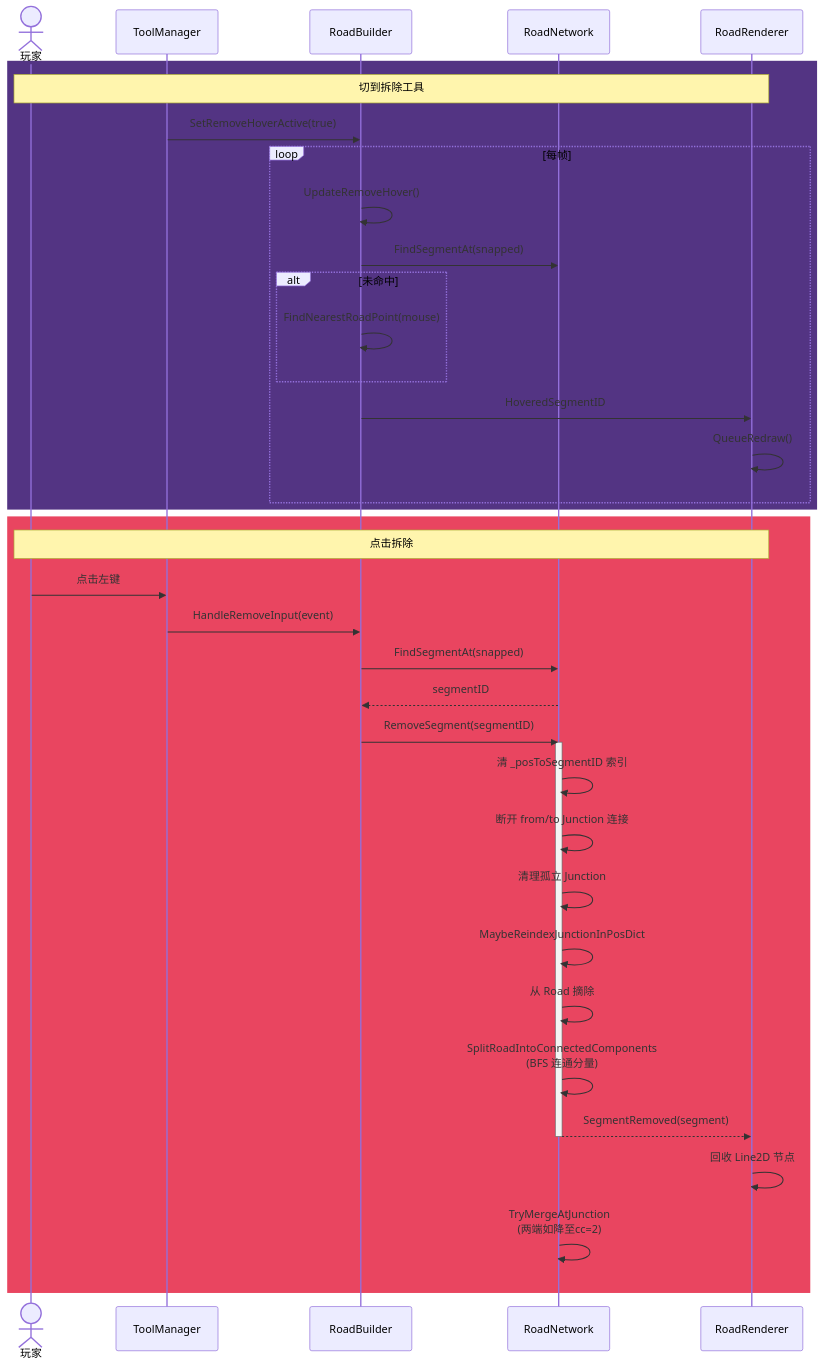
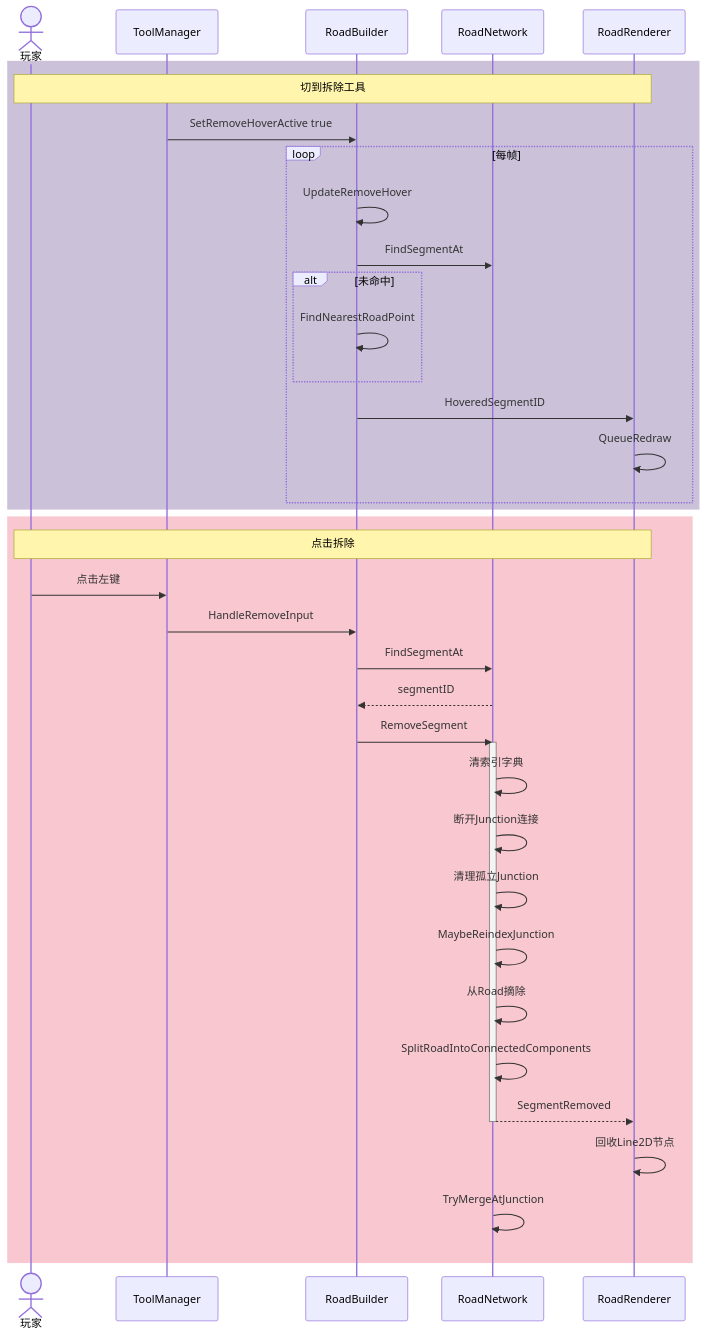
The third of 9 diagrams in docs/game-logic.md (xianfishyu/SimpleCities), drawn with Mermaid before and after one commit. The commit also changed other lines of this file, not shown here.

First line of the commit message:
#修复：mermaid语法修复 - 图2/3/5/7

````diff
--- a/docs/game-logic.md
+++ b/docs/game-logic.md
@@ -159,42 +157,42 @@
 ```mermaid
 sequenceDiagram
     actor User as 玩家
     participant TM as ToolManager
     participant RB as RoadBuilder
     participant RN as RoadNetwork
     participant RR as RoadRenderer
 
-    rect rgb(83, 52, 131)
+    rect rgba(83, 52, 131, 0.3)
         Note over User,RR: 切到拆除工具
-        TM->>RB: SetRemoveHoverActive(true)
+        TM->>RB: SetRemoveHoverActive true
         loop 每帧
-            RB->>RB: UpdateRemoveHover()
-            RB->>RN: FindSegmentAt(snapped)
+            RB->>RB: UpdateRemoveHover
+            RB->>RN: FindSegmentAt
             alt 未命中
-                RB->>RB: FindNearestRoadPoint(mouse)
+                RB->>RB: FindNearestRoadPoint
             end
             RB->>RR: HoveredSegmentID
-            RR->>RR: QueueRedraw()
+            RR->>RR: QueueRedraw
         end
     end
 
-    rect rgb(233, 69, 96)
+    rect rgba(233, 69, 96, 0.3)
         Note over User,RR: 点击拆除
         User->>TM: 点击左键
-        TM->>RB: HandleRemoveInput(event)
-        RB->>RN: FindSegmentAt(snapped)
+        TM->>RB: HandleRemoveInput
+        RB->>RN: FindSegmentAt
         RN-->>RB: segmentID
-        RB->>RN: RemoveSegment(segmentID)
+        RB->>RN: RemoveSegment
         activate RN
-        RN->>RN: 清 _posToSegmentID 索引
-        RN->>RN: 断开 from/to Junction 连接
-        RN->>RN: 清理孤立 Junction
-        RN->>RN: MaybeReindexJunctionInPosDict
-        RN->>RN: 从 Road 摘除
-        RN->>RN: SplitRoadIntoConnectedComponents<br/>(BFS 连通分量)
-        RN-->>RR: SegmentRemoved(segment)
+        RN->>RN: 清索引字典
+        RN->>RN: 断开Junction连接
+        RN->>RN: 清理孤立Junction
+        RN->>RN: MaybeReindexJunction
+        RN->>RN: 从Road摘除
+        RN->>RN: SplitRoadIntoConnectedComponents
+        RN-->>RR: SegmentRemoved
         deactivate RN
-        RR->>RR: 回收 Line2D 节点
-        RN->>RN: TryMergeAtJunction<br/>(两端如降至cc=2)
+        RR->>RR: 回收Line2D节点
+        RN->>RN: TryMergeAtJunction
     end
 ```
````
